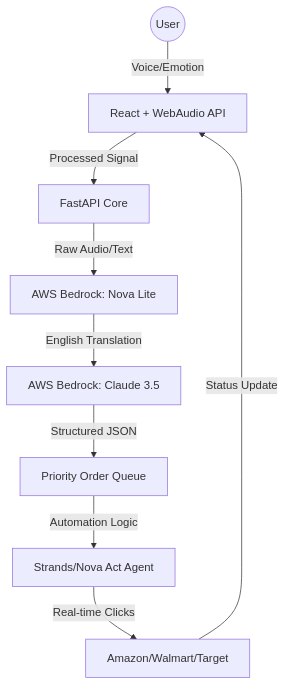
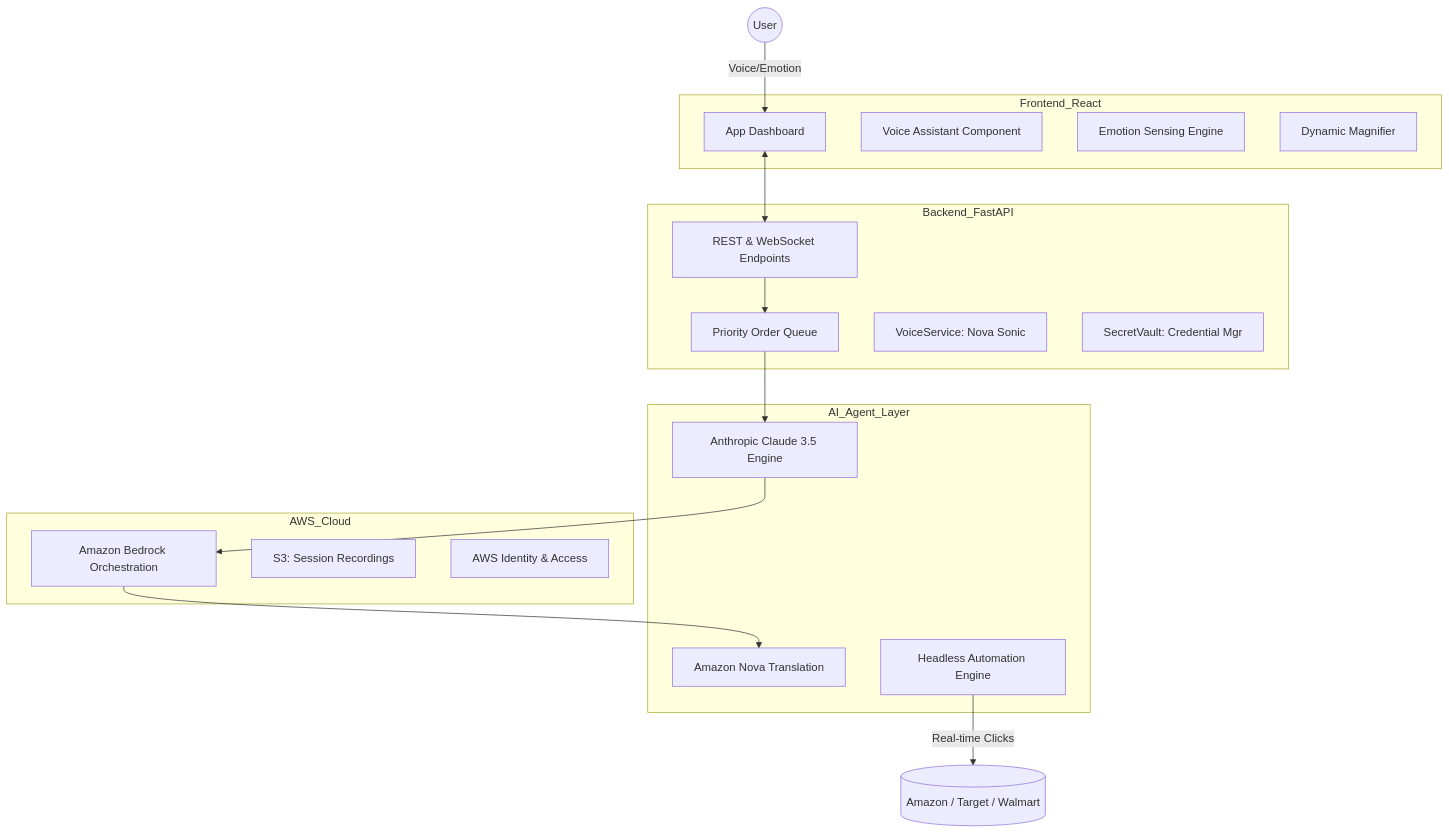
Before and after one commit to PramitKumarPanda18/AIVA-Web-Accessibility-Assistant: the diagram in README.md, drawn with Mermaid. The commit also changed other lines of this file, not shown here.

Commit message:
Ultra-detailed README overhaul with architecture, AWS deep-dives, and hackathon credits

````diff
--- a/README.md
+++ b/README.md
@@ -55,11 +44,36 @@
 ```mermaid
 graph TD
-    User((User)) -->|Voice/Emotion| Frontend[React + WebAudio API]
-    Frontend -->|Processed Signal| Backend[FastAPI Core]
-    Backend -->|Raw Audio/Text| Bedrock_Trans[AWS Bedrock: Nova Lite]
-    Bedrock_Trans -->|English Translation| Bedrock_Brain[AWS Bedrock: Claude 3.5]
-    Bedrock_Brain -->|Structured JSON| OrderQueue[Priority Order Queue]
-    OrderQueue -->|Automation Logic| BrowserAgent[Strands/Nova Act Agent]
-    BrowserAgent -->|Real-time Clicks| RetailerSite[Amazon/Walmart/Target]
-    RetailerSite -->|Status Update| Frontend
+    subgraph Frontend_React
+        UI[App Dashboard]
+        Voice[Voice Assistant Component]
+        Emotion[Emotion Sensing Engine]
+        Magnifier[Dynamic Magnifier]
+    end
+
+    subgraph Backend_FastAPI
+        API[REST & WebSocket Endpoints]
+        Queue[Priority Order Queue]
+        VoiceSvc[VoiceService: Nova Sonic]
+        SecretVault[SecretVault: Credential Mgr]
+    end
+
+    subgraph AI_Agent_Layer
+        ClaudeAgent[Anthropic Claude 3.5 Engine]
+        NovaTrans[Amazon Nova Translation]
+        BrowserAgent[Headless Automation Engine]
+    end
+
+    subgraph AWS_Cloud
+        Bedrock[Amazon Bedrock Orchestration]
+        S3[S3: Session Recordings]
+        IAM[AWS Identity & Access]
+    end
+
+    User((User)) -->|Voice/Emotion| UI
+    UI <--> API
+    API --> Queue
+    Queue --> ClaudeAgent
+    ClaudeAgent --> Bedrock
+    Bedrock --> NovaTrans
+    BrowserAgent -->|Real-time Clicks| RetailerSites[(Amazon / Target / Walmart)]
 ```
````
